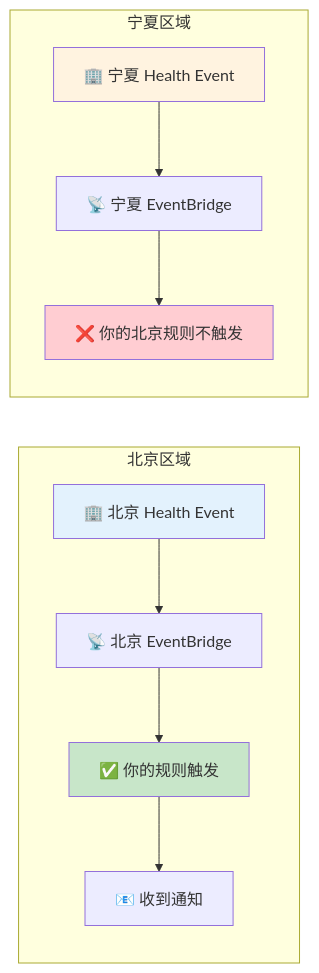
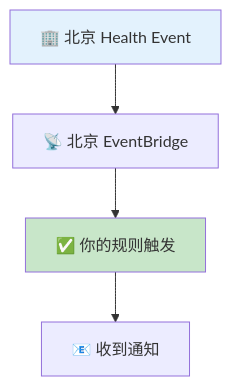
One commit to mengchen-tam/event-bridge-health-change-for-backup-region changed the first of 5 diagrams in README.md. Above: the diagram before and after it, drawn with Mermaid. The commit also changed other lines of this file, not shown here.

Commit message:
Improve README layout with side-by-side diagrams and fix script output formatting

````diff
--- a/README.md
+++ b/README.md
@@ -19,18 +24,9 @@
 ```mermaid
-graph LR
-    subgraph "北京区域"
-        A1[🏢 北京 Health Event] --> B1[📡 北京 EventBridge]
-        B1 --> C1[✅ 你的规则触发]
-        C1 --> D1[📧 收到通知]
-    end
-    
-    subgraph "宁夏区域"
-        A2[🏢 宁夏 Health Event] --> B2[📡 宁夏 EventBridge]
-        B2 --> C2[❌ 你的北京规则不触发]
-    end
+graph TD
+    A1[🏢 北京 Health Event] --> B1[📡 北京 EventBridge]
+    B1 --> C1[✅ 你的规则触发]
+    C1 --> D1[📧 收到通知]
     
     style A1 fill:#e3f2fd
-    style A2 fill:#fff3e0
     style C1 fill:#c8e6c9
-    style C2 fill:#ffcdd2
 ```
````
